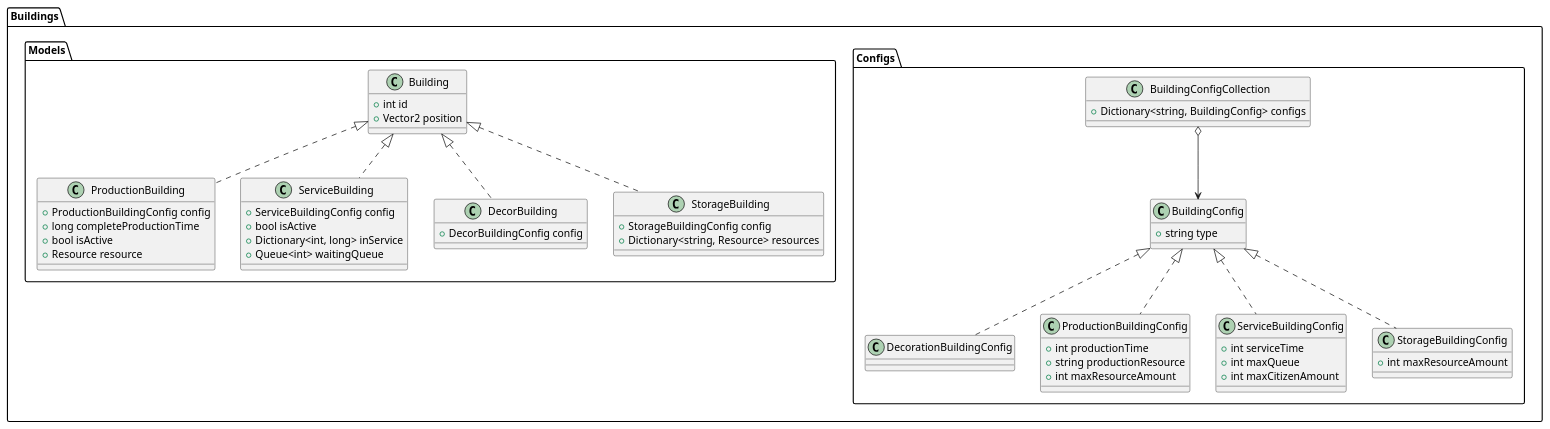
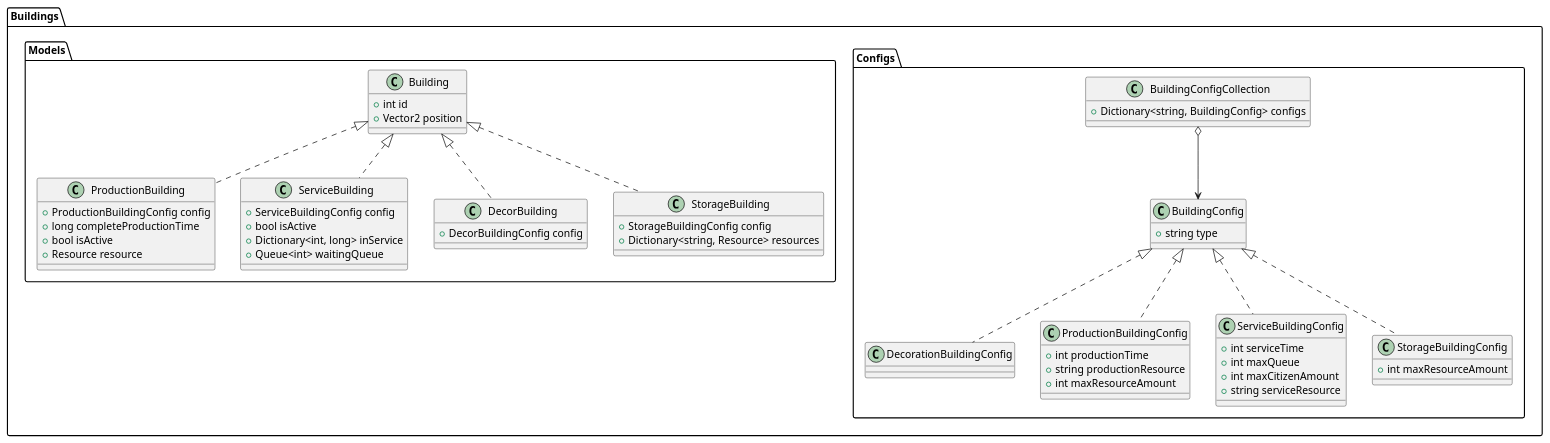
One commit to minusrep/Pivo-UML changed the diagram in Colony/Buildings/Buildings.puml. Above: the diagram before and after it, drawn with PlantUML. The commit also changed 4 other files, not shown here.

```diff
--- a/Colony/Buildings/Buildings.puml
+++ b/Colony/Buildings/Buildings.puml
@@ -1,89 +1,90 @@
 @startuml
 
 package "Buildings"
 {
     package "Configs"{
         
         class BuildingConfigCollection 
         {
             +Dictionary<string, BuildingConfig> configs
         }
         
         class BuildingConfig
         {
             +string type
         }
         
         class DecorationBuildingConfig
         {
         }
         
         class ProductionBuildingConfig
         {
             +int productionTime        
             +string productionResource
             +int maxResourceAmount
         }
         
         class ServiceBuildingConfig 
         {
             +int serviceTime
             +int maxQueue
             +int maxCitizenAmount
+            +string serviceResource
         }
         
         class StorageBuildingConfig 
         {
             +int maxResourceAmount
         }
         
         BuildingConfig <|.. DecorationBuildingConfig  
         BuildingConfig <|.. ProductionBuildingConfig  
         BuildingConfig <|.. ServiceBuildingConfig  
         BuildingConfig <|.. StorageBuildingConfig  
         BuildingConfigCollection o--> BuildingConfig 
     }
 
     package "Models"
     {
         class Building
         {
             +int id
             +Vector2 position
         }
         
         class ProductionBuilding
         {
             +ProductionBuildingConfig config
             +long completeProductionTime
             +bool isActive
             +Resource resource
         }
         
         class ServiceBuilding
         {
             +ServiceBuildingConfig config
             +bool isActive
             +Dictionary<int, long> inService
             +Queue<int> waitingQueue
         }
         
         class DecorBuilding
         {
             +DecorBuildingConfig config
         }
         
         class StorageBuilding
         {
             +StorageBuildingConfig config
             +Dictionary<string, Resource> resources
         }
         
         Building <|.. ProductionBuilding
         Building <|.. ServiceBuilding
         Building <|.. DecorBuilding
         Building <|.. StorageBuilding
     }
 }
 
 @enduml
```
